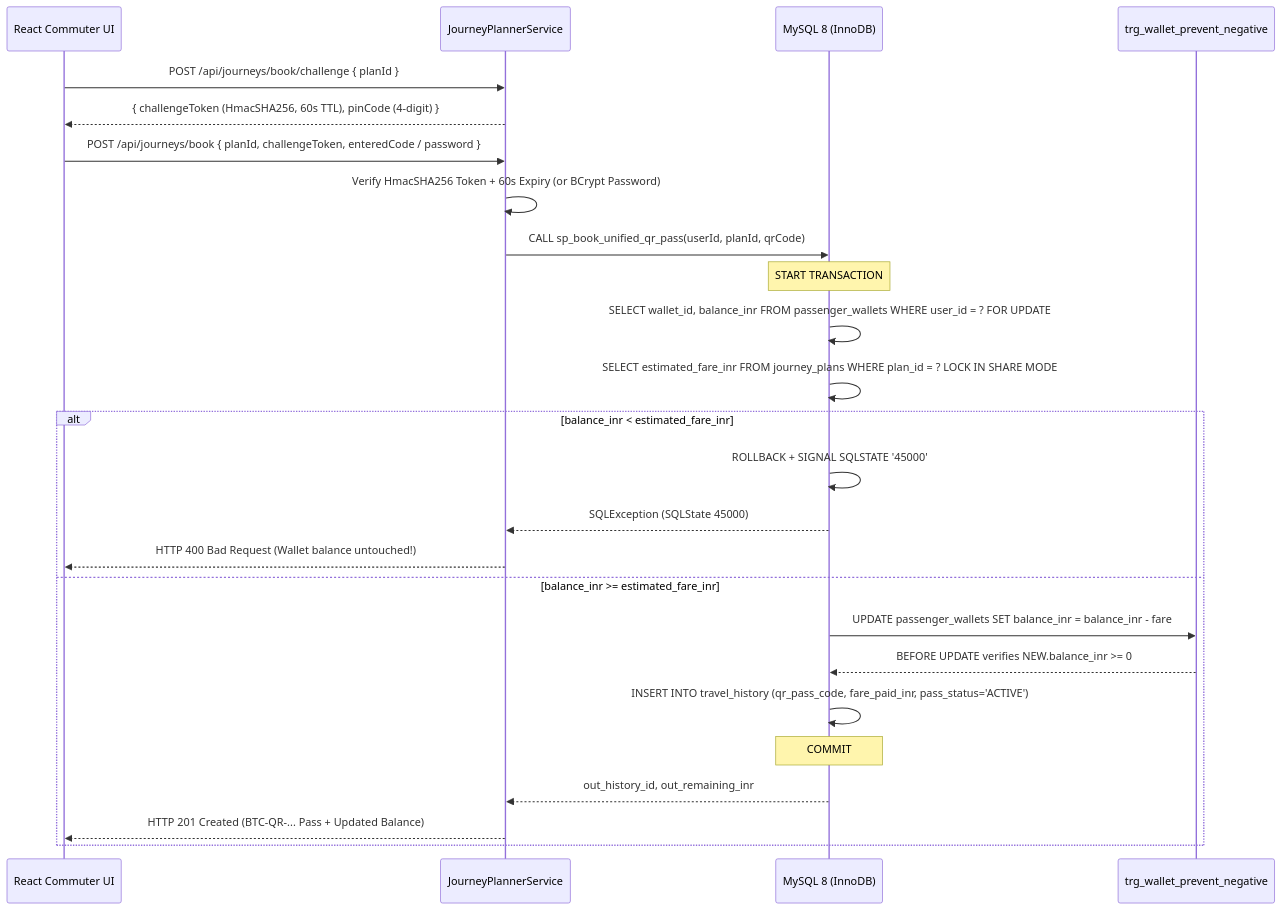
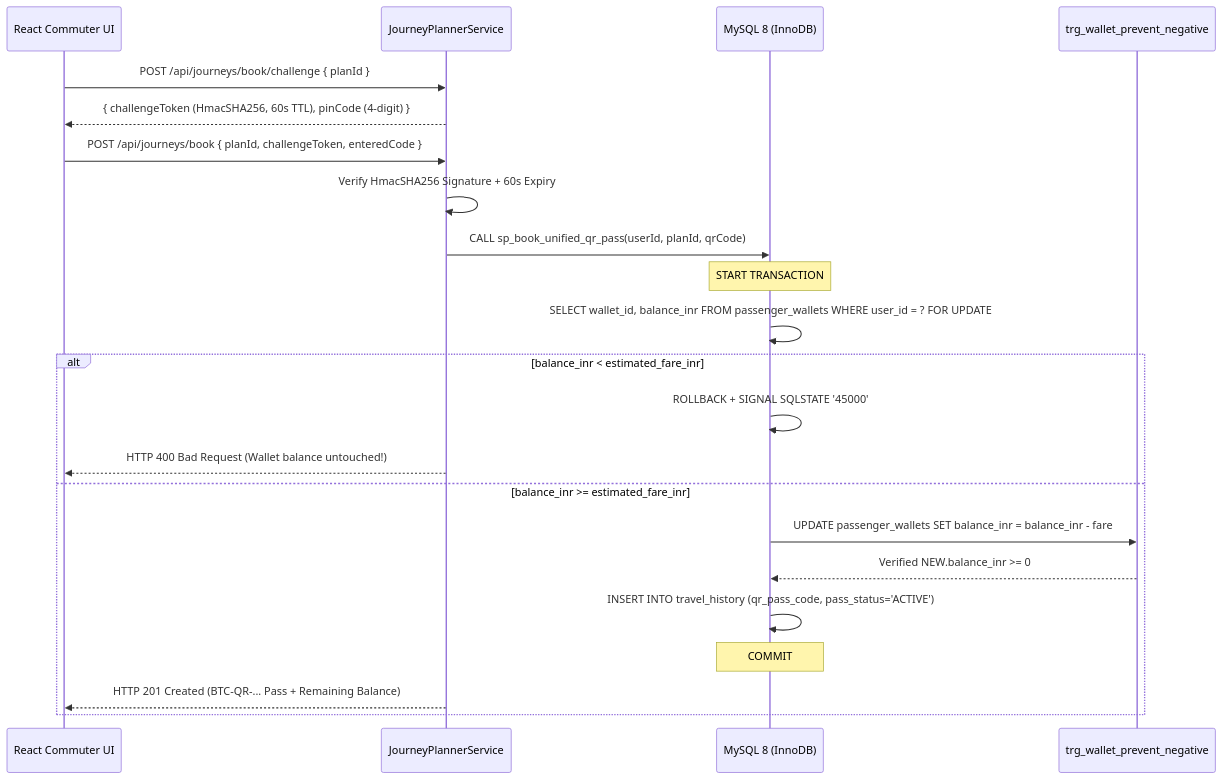
The diagram in README.md (abdulsalam025/Bengaluru-TransitConnect), drawn with Mermaid before and after one commit. The commit also changed other lines of this file and 9 other files, not shown here.

````diff
--- a/README.md
+++ b/README.md
@@ -242,28 +321,25 @@
 ```mermaid
 sequenceDiagram
     participant C as React Commuter UI
     participant S as JourneyPlannerService
     participant M as MySQL 8 (InnoDB)
     participant T as trg_wallet_prevent_negative
 
     C->>S: POST /api/journeys/book/challenge { planId }
     S-->>C: { challengeToken (HmacSHA256, 60s TTL), pinCode (4-digit) }
-    C->>S: POST /api/journeys/book { planId, challengeToken, enteredCode / password }
-    S->>S: Verify HmacSHA256 Token + 60s Expiry (or BCrypt Password)
+    C->>S: POST /api/journeys/book { planId, challengeToken, enteredCode }
+    S->>S: Verify HmacSHA256 Signature + 60s Expiry
     S->>M: CALL sp_book_unified_qr_pass(userId, planId, qrCode)
     Note over M: START TRANSACTION
     M->>M: SELECT wallet_id, balance_inr FROM passenger_wallets WHERE user_id = ? FOR UPDATE
-    M->>M: SELECT estimated_fare_inr FROM journey_plans WHERE plan_id = ? LOCK IN SHARE MODE
     alt balance_inr < estimated_fare_inr
         M->>M: ROLLBACK + SIGNAL SQLSTATE '45000'
-        M-->>S: SQLException (SQLState 45000)
         S-->>C: HTTP 400 Bad Request (Wallet balance untouched!)
     else balance_inr >= estimated_fare_inr
         M->>T: UPDATE passenger_wallets SET balance_inr = balance_inr - fare
-        T-->>M: BEFORE UPDATE verifies NEW.balance_inr >= 0
-        M->>M: INSERT INTO travel_history (qr_pass_code, fare_paid_inr, pass_status='ACTIVE')
+        T-->>M: Verified NEW.balance_inr >= 0
+        M->>M: INSERT INTO travel_history (qr_pass_code, pass_status='ACTIVE')
         Note over M: COMMIT
-        M-->>S: out_history_id, out_remaining_inr
-        S-->>C: HTTP 201 Created (BTC-QR-... Pass + Updated Balance)
+        S-->>C: HTTP 201 Created (BTC-QR-... Pass + Remaining Balance)
     end
 ```
````
